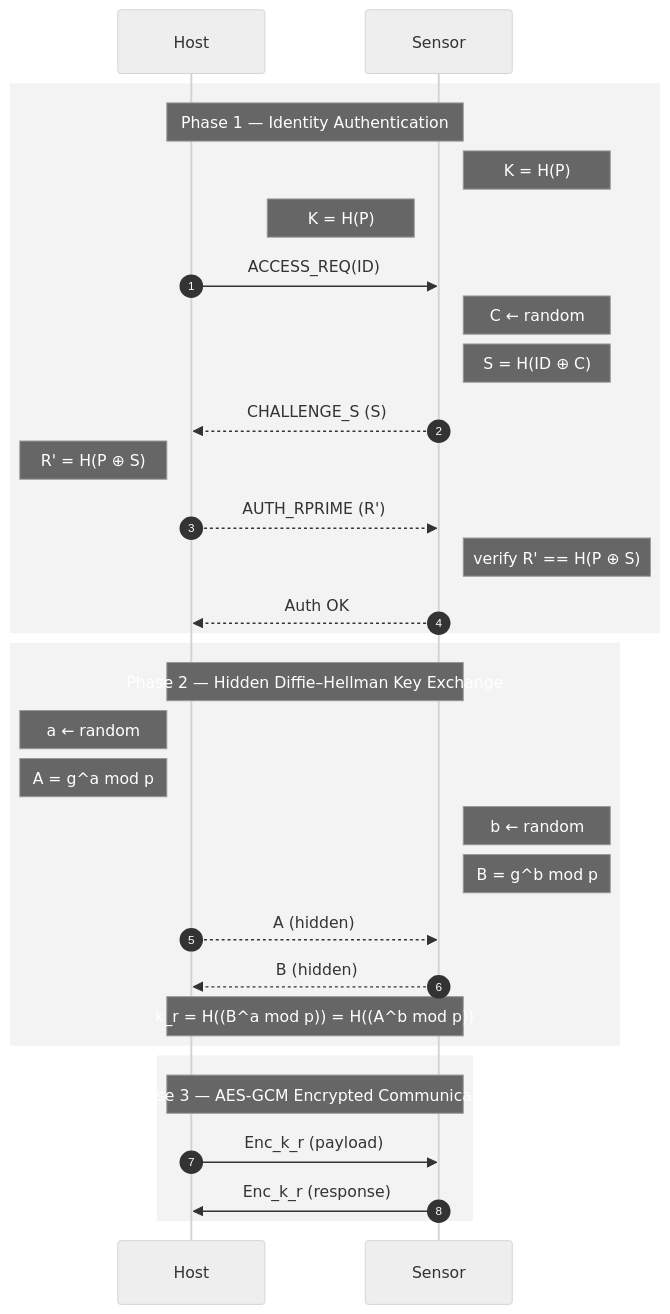
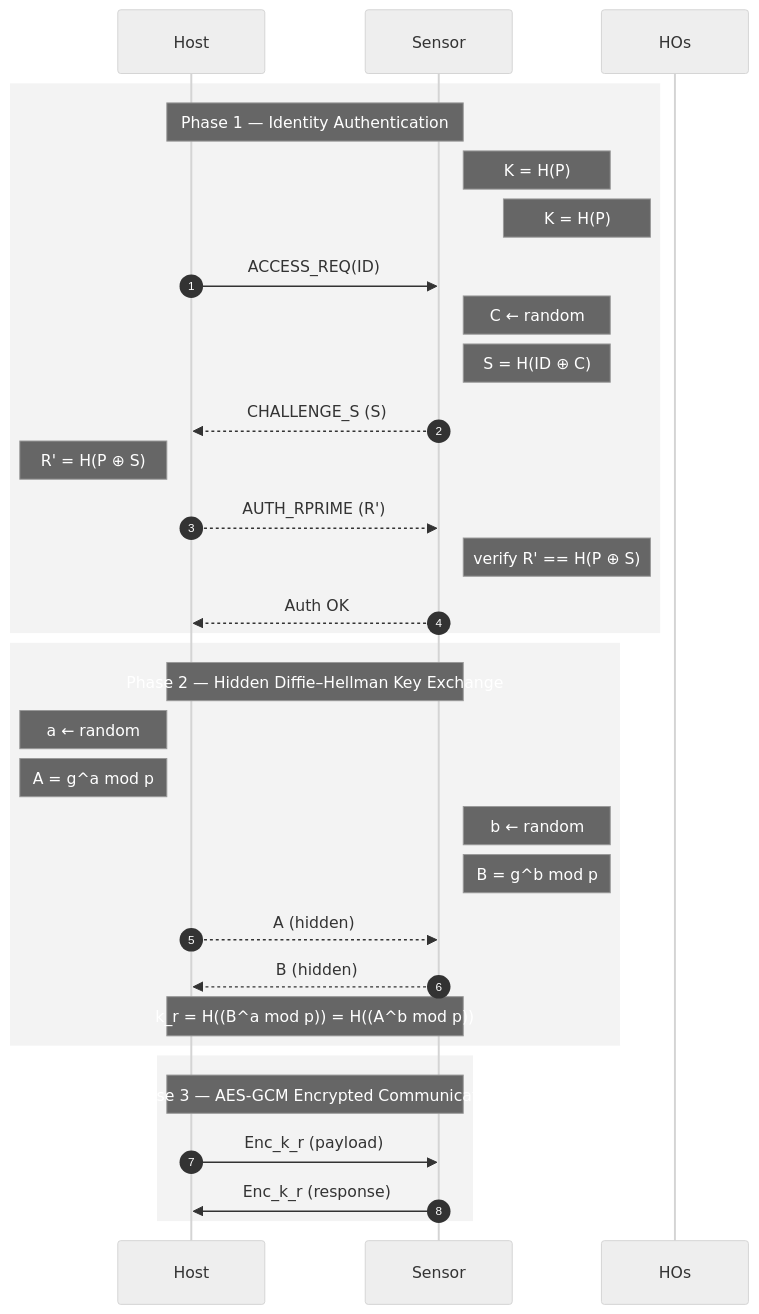
Before and after one commit to TracerWWW/iodraw-files: the diagram in all/kr.md, drawn with Mermaid (neutral theme).

Commit message:
2026-01-30 02:46:15 update

````diff
--- a/all/kr.md
+++ b/all/kr.md
@@ -1,60 +1,60 @@
 ```mermaid
 sequenceDiagram
     autonumber
     participant Host
     participant Sensor
 
     %% =========================
     %% Phase 1: Identity Authentication
     %% =========================
     rect rgba(220,220,220,0.35)
     Note over Host,Sensor: Phase 1 — Identity Authentication
 
     Note right of Sensor: K = H(P)
-    Note left of Sensor: K = H(P)
+    Note left of HOs: K = H(P)
 
     Host->>Sensor: ACCESS_REQ(ID)
 
     Note right of Sensor: C ← random
     Note right of Sensor: S = H(ID ⊕ C)
 
     Sensor-->>Host: CHALLENGE_S (S)
 
     Note left of Host: R' = H(P ⊕ S)
 
     Host-->>Sensor: AUTH_RPRIME (R')
 
     Note right of Sensor: verify R' == H(P ⊕ S)
 
     Sensor-->>Host: Auth OK
     end
 
     %% =========================
     %% Phase 2: Hidden Diffie–Hellman
     %% =========================
     rect rgba(220,220,220,0.35)
     Note over Host,Sensor: Phase 2 — Hidden Diffie–Hellman Key Exchange
 
     Note left of Host: a ← random
     Note left of Host: A = g^a mod p
 
     Note right of Sensor: b ← random
     Note right of Sensor: B = g^b mod p
 
     Host-->>Sensor: A (hidden)
     Sensor-->>Host: B (hidden)
 
     Note over Host,Sensor: k_r = H((B^a mod p)) = H((A^b mod p))
     end
 
     %% =========================
     %% Phase 3: Encrypted Communication
     %% =========================
     rect rgba(220,220,220,0.35)
     Note over Host,Sensor: Phase 3 — AES-GCM Encrypted Communication
 
     Host->>Sensor: Enc_k_r (payload)
     Sensor->>Host: Enc_k_r (response)
     end
 
 ```
````
